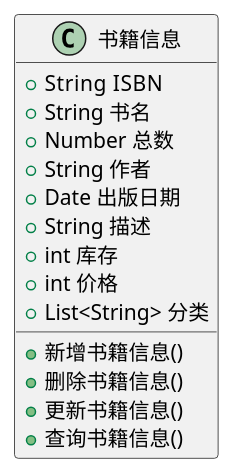
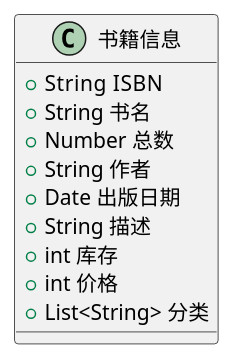
Before and after one commit to wenyuntian/is_analysis: the diagram in test3/5.wsd, drawn with PlantUML. The commit also changed 14 other files, not shown here.

```diff
--- a/test3/5.wsd
+++ b/test3/5.wsd
@@ -1,17 +1,13 @@
 @startuml
 class 书籍信息{
     +String  ISBN
     +String 书名
     +Number 总数
     +String 作者
     +Date 出版日期
     +String 描述
     +int 库存
     +int 价格
     +List<String> 分类
-    +新增书籍信息()
-    +删除书籍信息()
-    +更新书籍信息()
-    +查询书籍信息()
 }
 @enduml
```
